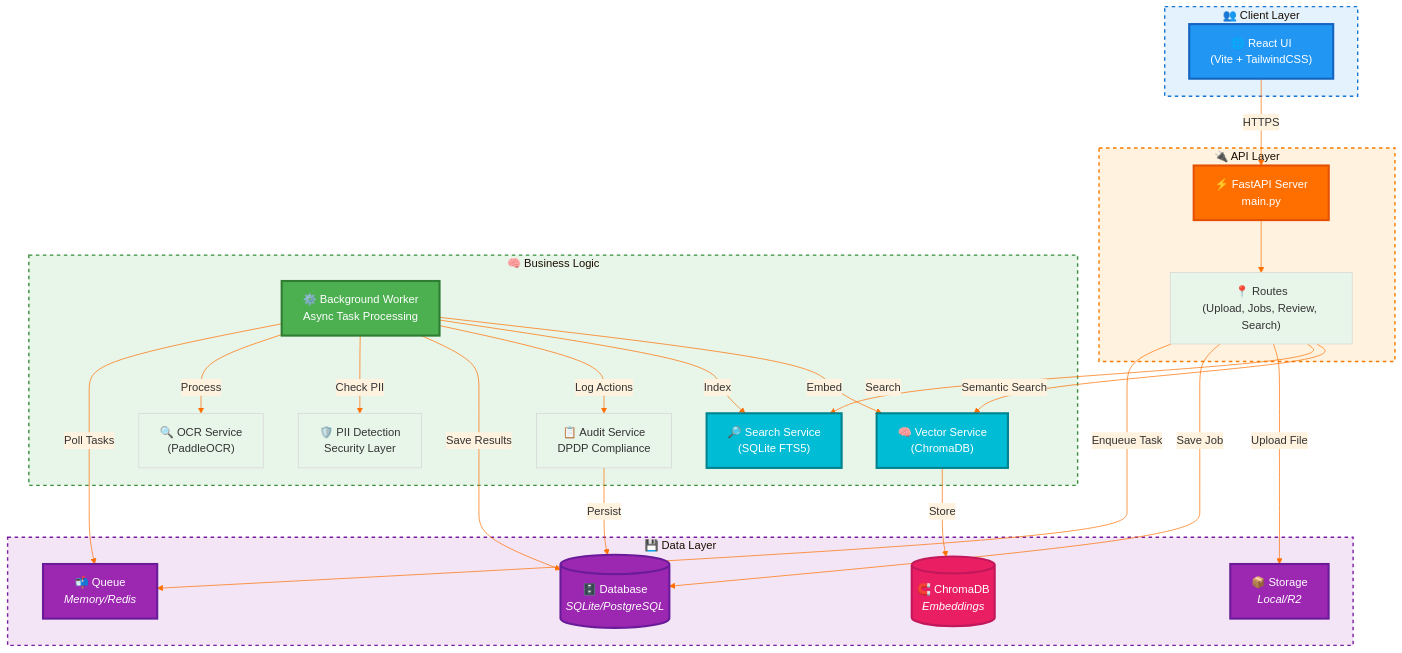
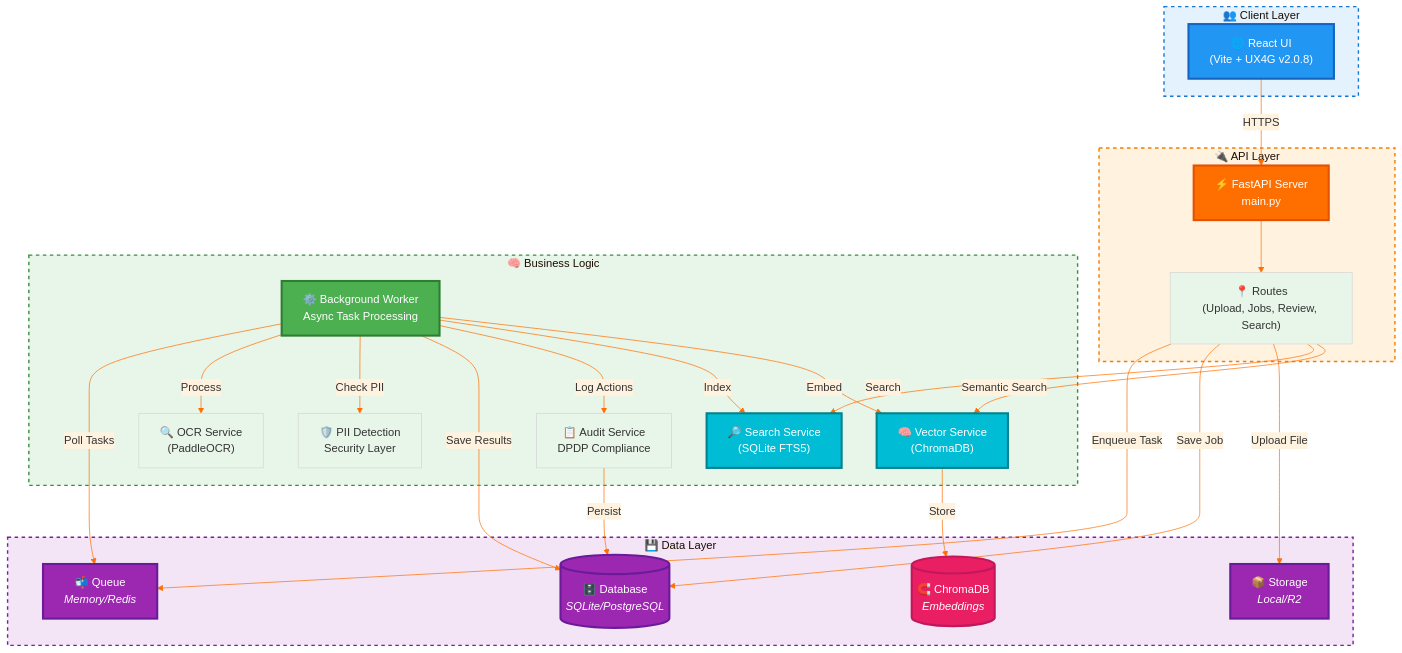
The first of 2 diagrams in backend/ARCHITECTURE.md (VIKAS9793/IndiaAI-IDP-Platform), drawn with Mermaid before and after one commit. The commit also changed 44 other files, not shown here.

````diff
--- a/backend/ARCHITECTURE.md
+++ b/backend/ARCHITECTURE.md
@@ -16,61 +16,61 @@
 ```mermaid
 %%{init: {'theme':'base', 'themeVariables': { 'primaryColor':'#E8F5E9','secondaryColor':'#FFF3E0','tertiaryColor':'#E3F2FD','lineColor':'#FF6F00'}}}%%
 graph TB
     subgraph client["👥 Client Layer"]
-        UI["🌐 React UI<br/>(Vite + TailwindCSS)"]
+        UI["🌐 React UI<br/>(Vite + UX4G v2.0.8)"]
     end
     
     subgraph api["🔌 API Layer"]
         FastAPI["⚡ FastAPI Server<br/>main.py"]
         Routes["📍 Routes<br/>(Upload, Jobs, Review, Search)"]
     end
     
     subgraph core["🧠 Business Logic"]
         Worker["⚙️ Background Worker<br/>Async Task Processing"]
         OCR["🔍 OCR Service<br/>(PaddleOCR)"]
         PII["🛡️ PII Detection<br/>Security Layer"]
         Audit["📋 Audit Service<br/>DPDP Compliance"]
         Vector["🧠 Vector Service<br/>(ChromaDB)"]
         Search["🔎 Search Service<br/>(SQLite FTS5)"]
     end
     
     subgraph storage["💾 Data Layer"]
         DB[("🗄️ Database<br/><i>SQLite/PostgreSQL</i>")]
         Files["📦 Storage<br/><i>Local/R2</i>"]
         Queue["📬 Queue<br/><i>Memory/Redis</i>"]
         VectorDB[("🧲 ChromaDB<br/><i>Embeddings</i>")]
     end
     
     UI -->|HTTPS| FastAPI
     FastAPI --> Routes
     Routes -->|Enqueue Task| Queue
     Routes -->|Save Job| DB
     Routes -->|Upload File| Files
     Routes -->|Search| Search
     Routes -->|Semantic Search| Vector
     
     Worker -->|Poll Tasks| Queue
     Worker -->|Process| OCR
     Worker -->|Check PII| PII
     Worker -->|Save Results| DB
     Worker -->|Log Actions| Audit
     Worker -->|Index| Search
     Worker -->|Embed| Vector
     
     Vector -->|Store| VectorDB
     Audit -->|Persist| DB
     
     style UI fill:#2196F3,stroke:#1565C0,stroke-width:3px,color:#fff
     style FastAPI fill:#FF6F00,stroke:#E65100,stroke-width:3px,color:#fff
     style Worker fill:#4CAF50,stroke:#2E7D32,stroke-width:3px,color:#fff
     style DB fill:#9C27B0,stroke:#6A1B9A,stroke-width:3px,color:#fff
     style Files fill:#9C27B0,stroke:#6A1B9A,stroke-width:3px,color:#fff
     style Queue fill:#9C27B0,stroke:#6A1B9A,stroke-width:3px,color:#fff
     style VectorDB fill:#E91E63,stroke:#C2185B,stroke-width:3px,color:#fff
     style Vector fill:#00BCD4,stroke:#00838F,stroke-width:3px,color:#fff
     style Search fill:#00BCD4,stroke:#00838F,stroke-width:3px,color:#fff
     style client fill:#E3F2FD,stroke:#1976D2,stroke-width:2px,stroke-dasharray: 5 5
     style api fill:#FFF3E0,stroke:#F57C00,stroke-width:2px,stroke-dasharray: 5 5
     style core fill:#E8F5E9,stroke:#388E3C,stroke-width:2px,stroke-dasharray: 5 5
     style storage fill:#F3E5F5,stroke:#7B1FA2,stroke-width:2px,stroke-dasharray: 5 5
 ```
````
